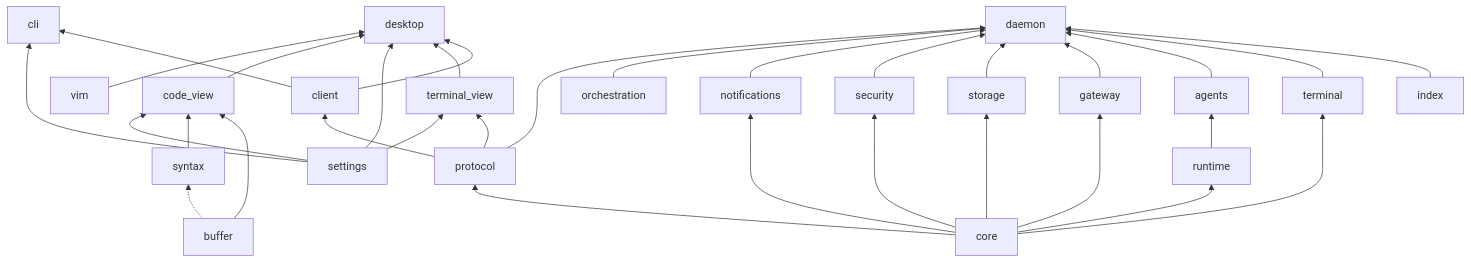
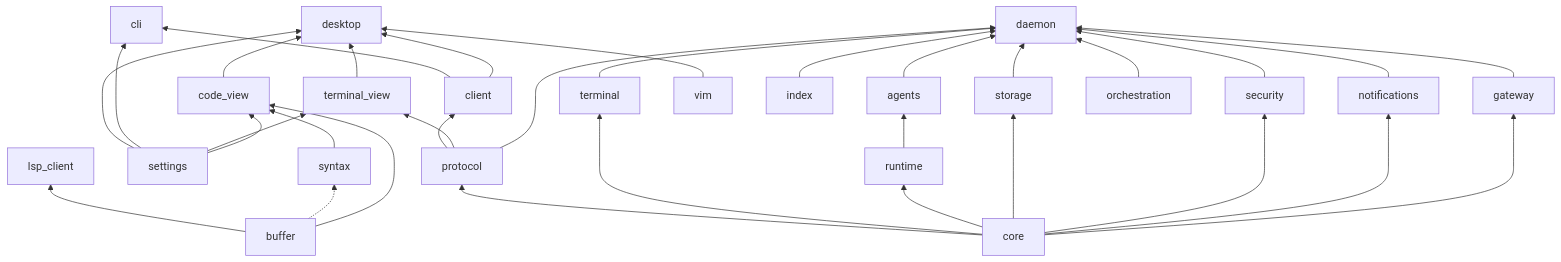
One commit to robertt3kuk/hutan changed the second of 7 diagrams in docs/architecture.md. Above: the diagram before and after it, drawn with Mermaid. The commit also changed other lines of this file and 1 other file, not shown here.

Commit message:
docs: lsp_client in architecture and editor docs (E-11a)

````diff
--- a/docs/architecture.md
+++ b/docs/architecture.md
@@ -59,21 +60,22 @@
 ```mermaid
 flowchart BT
   core --> protocol
   protocol --> client
   client --> cli
   client --> desktop
   protocol --> terminal_view --> desktop
   settings --> desktop
   settings --> cli
   settings --> terminal_view
   core --> terminal & runtime & storage & security & notifications
   buffer
+  buffer --> lsp_client
   buffer -.-> syntax
   buffer & syntax & settings --> code_view --> desktop
   vim --> desktop
   index --> daemon
   runtime --> agents
   core --> gateway
   terminal & agents & gateway & storage & security & notifications & orchestration --> daemon
   protocol --> daemon
 ```
````
